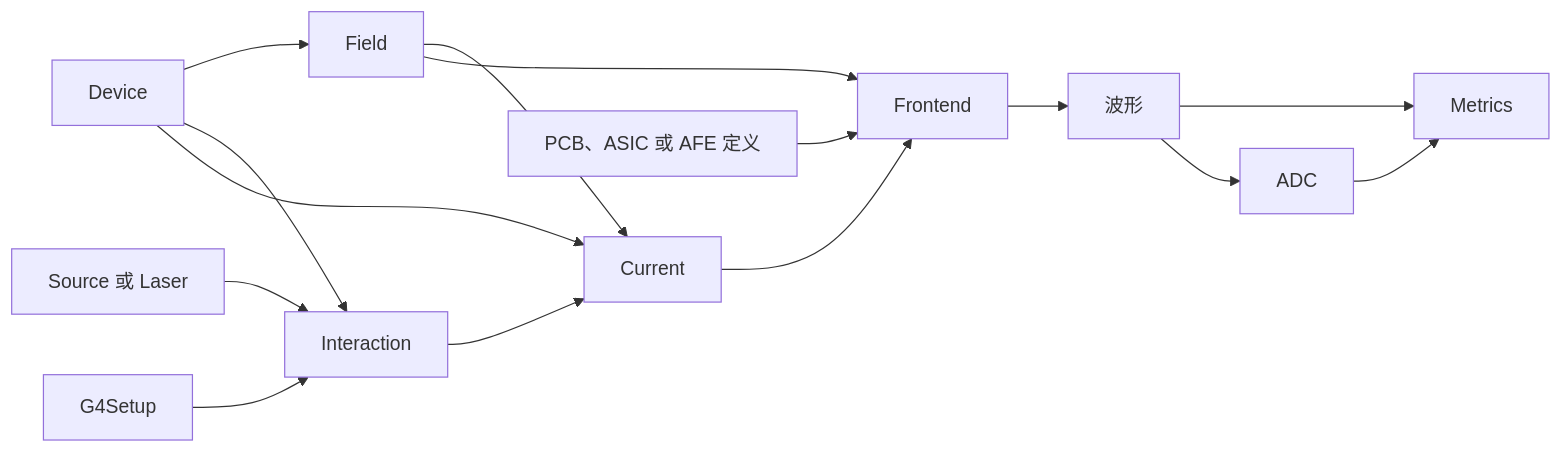
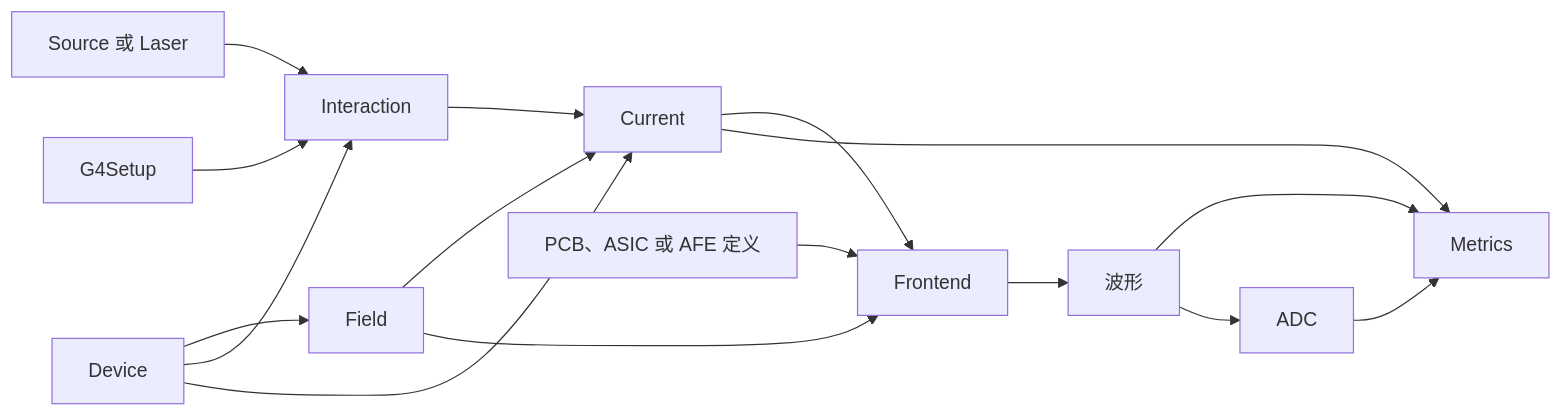
Before and after one commit to raser-team/raser: the second of 2 diagrams in docs/cn/architecture.md, drawn with Mermaid. The commit also changed other lines of this file and 1 other file, not shown here.

Commit message:
docs(architecture): Metrics also receives induced currents
Add the Current -> Metrics edge so the raw induced current is an input
of its own, not only the frontend waveform.

````diff
--- a/docs/cn/architecture.md
+++ b/docs/cn/architecture.md
@@ -45,19 +45,20 @@
 ```mermaid
 flowchart LR
     source[Source 或 Laser] --> interaction[Interaction]
     g4setup[G4Setup] --> interaction
     device[Device] --> field[Field]
     device --> interaction[Interaction]
     device --> current[Current]
     field --> current
     interaction --> current
 
     field --> frontend[Frontend]
     current --> frontend
     electronics[PCB、ASIC 或 AFE 定义] --> frontend
 
+    current --> metrics[Metrics]
     frontend --> waveform[波形]
-    waveform --> metrics[Metrics]
+    waveform --> metrics
     waveform --> adc[ADC]
     adc --> metrics
 ```
````
